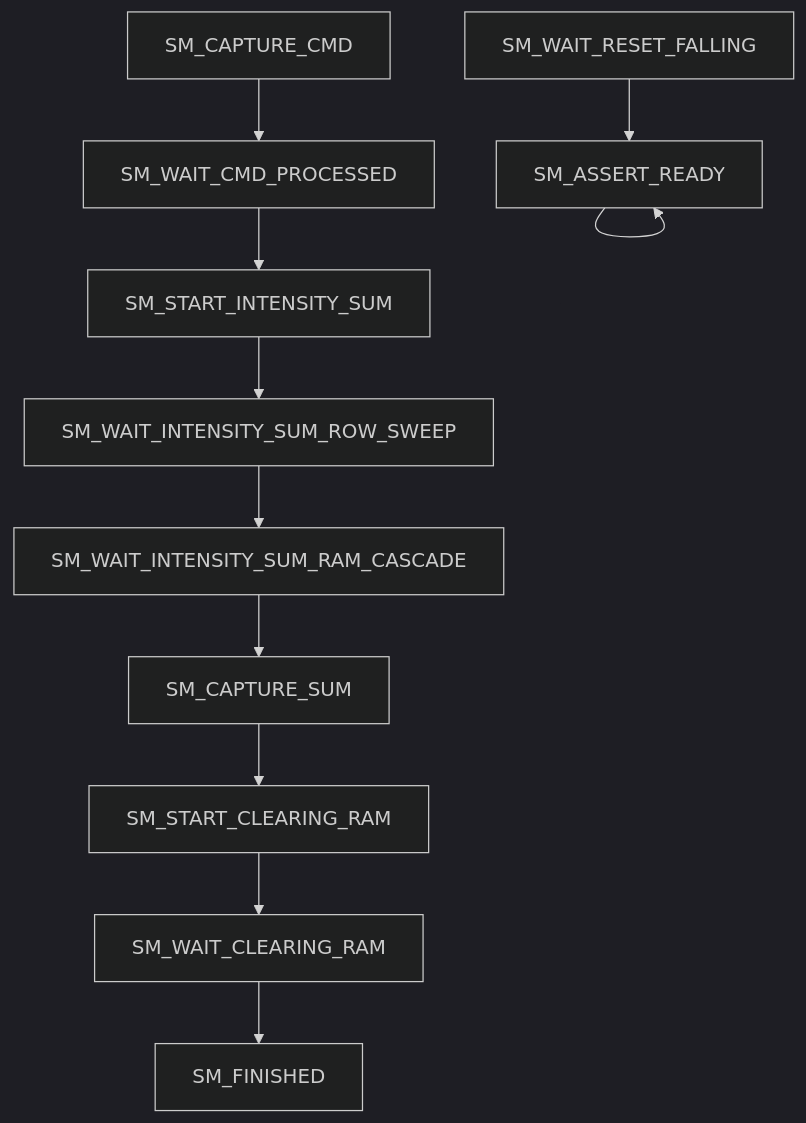
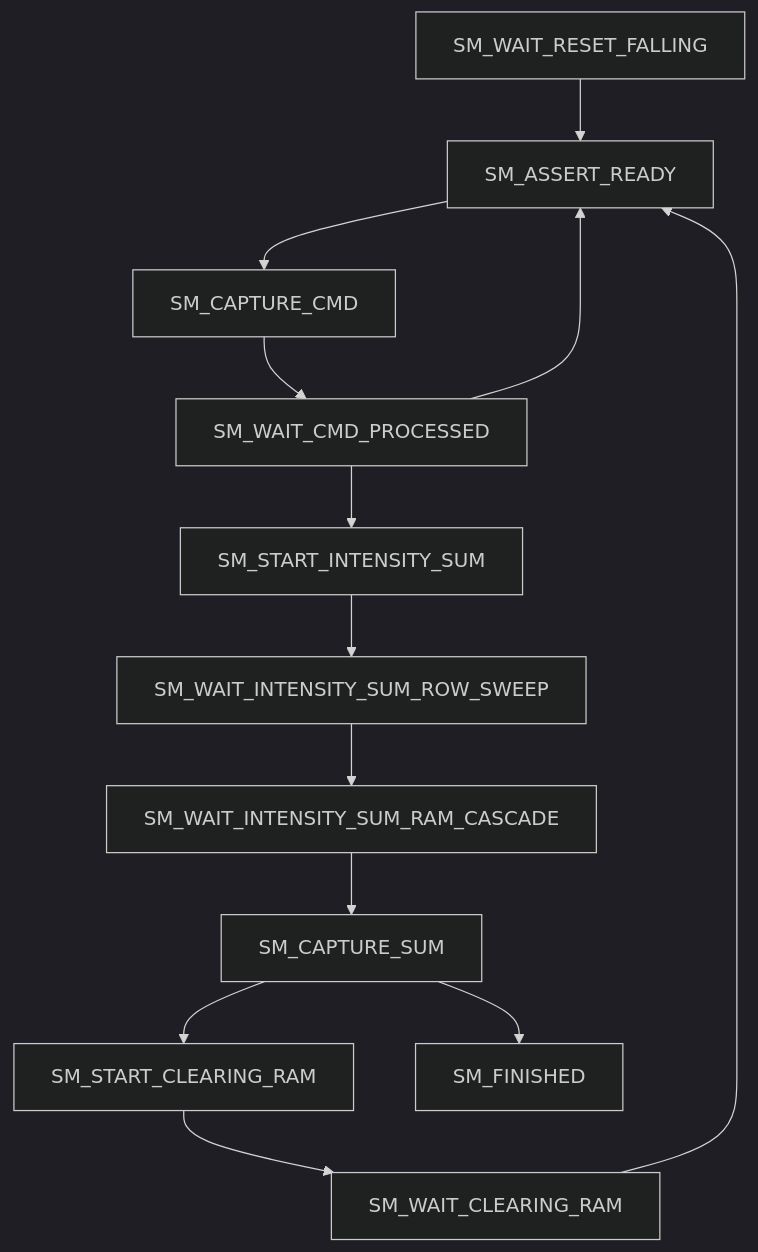
Before and after one commit to MatthieuMichon/aoc-rtl: the diagram in 15/6-2/README.md, drawn with Mermaid (dark theme).

Commit message:
(2015day6.2) doc: Update FSM diagram

````diff
--- a/15/6-2/README.md
+++ b/15/6-2/README.md
@@ -443,14 +443,16 @@
 ```mermaid
 flowchart
 SM_WAIT_RESET_FALLING --> SM_ASSERT_READY
-SM_ASSERT_READY --> SM_ASSERT_READY
+SM_ASSERT_READY --> SM_CAPTURE_CMD
 SM_CAPTURE_CMD --> SM_WAIT_CMD_PROCESSED
+SM_WAIT_CMD_PROCESSED --> SM_ASSERT_READY
 SM_WAIT_CMD_PROCESSED --> SM_START_INTENSITY_SUM
 SM_START_INTENSITY_SUM --> SM_WAIT_INTENSITY_SUM_ROW_SWEEP
 SM_WAIT_INTENSITY_SUM_ROW_SWEEP --> SM_WAIT_INTENSITY_SUM_RAM_CASCADE
 SM_WAIT_INTENSITY_SUM_RAM_CASCADE --> SM_CAPTURE_SUM
 SM_CAPTURE_SUM --> SM_START_CLEARING_RAM
+SM_CAPTURE_SUM --> SM_FINISHED
 SM_START_CLEARING_RAM --> SM_WAIT_CLEARING_RAM
-SM_WAIT_CLEARING_RAM --> SM_FINISHED
+SM_WAIT_CLEARING_RAM --> SM_ASSERT_READY
 SM_FINISHED
 ```
````
